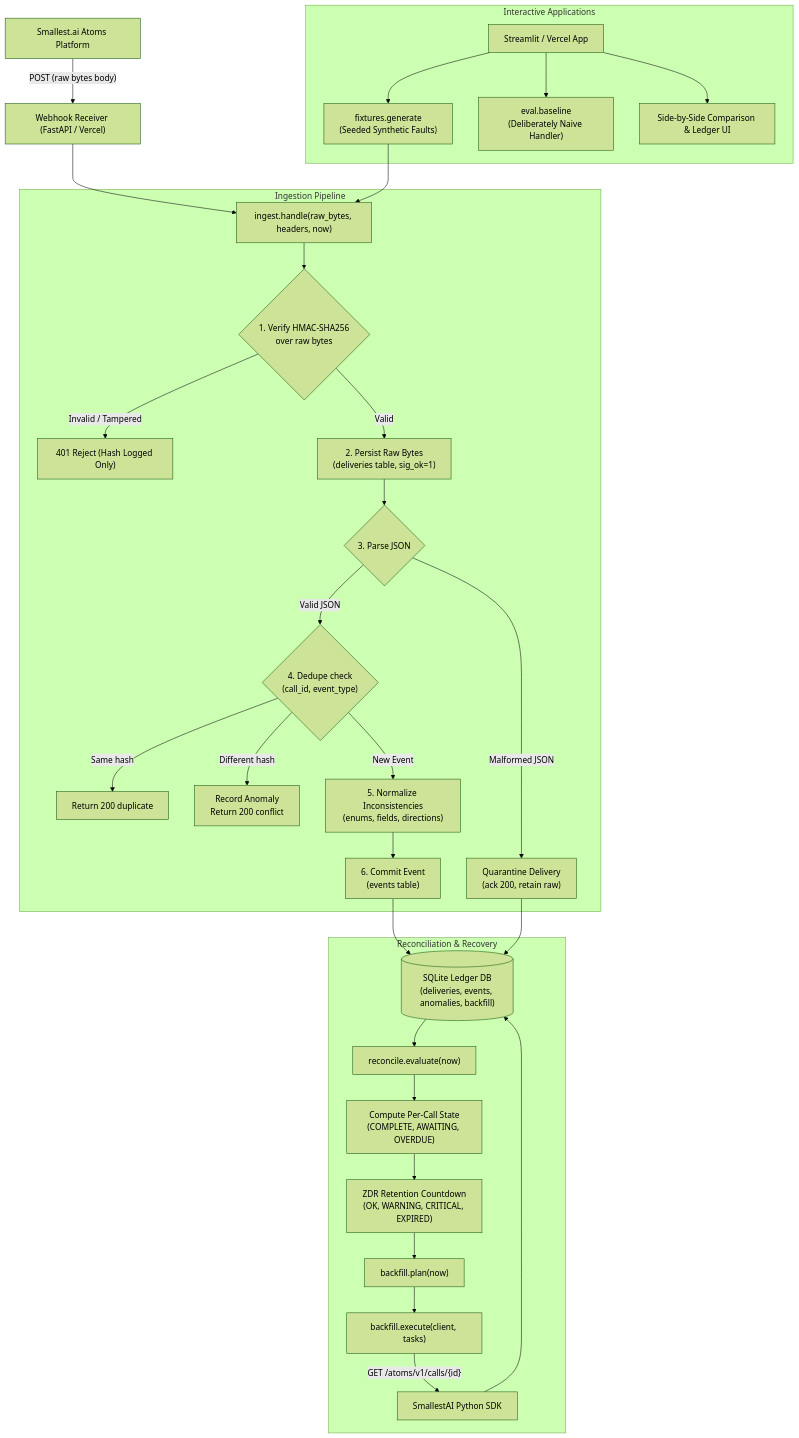
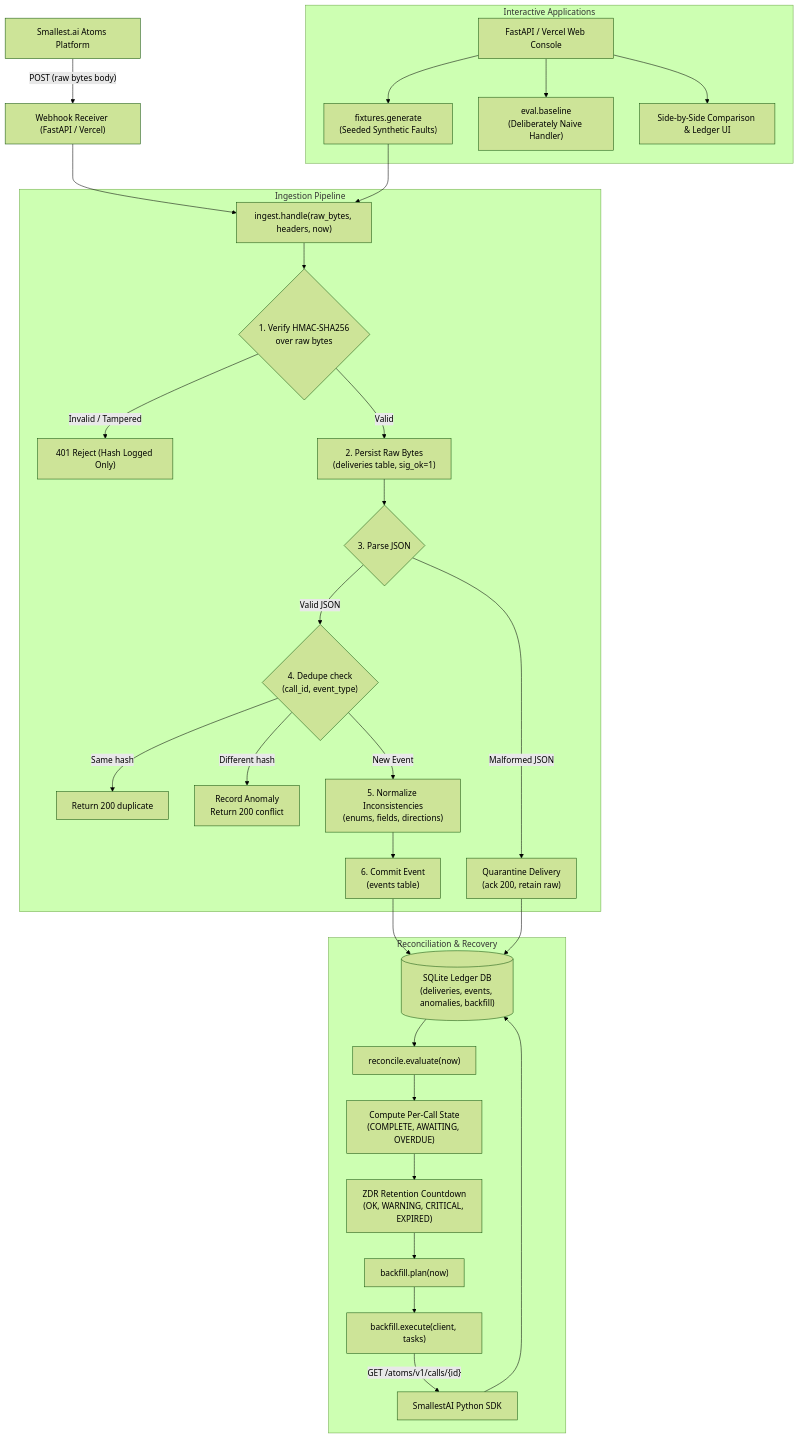
Before and after one commit to Jagadeesh58/atoms-call-ledger: the diagram in docs/ARCHITECTURE.md, drawn with Mermaid (forest theme). The commit also changed other lines of this file and 8 other files, not shown here.

````diff
--- a/docs/ARCHITECTURE.md
+++ b/docs/ARCHITECTURE.md
@@ -3,38 +3,38 @@
 ```mermaid
 flowchart TD
     Atoms["Smallest.ai Atoms Platform"] -- "POST (raw bytes body)" --> Receiver["Webhook Receiver (FastAPI / Vercel)"]
     Receiver --> Handle["ingest.handle(raw_bytes, headers, now)"]
 
     subgraph Ingestion Pipeline
         Handle --> SigCheck{"1. Verify HMAC-SHA256\nover raw bytes"}
         SigCheck -- "Invalid / Tampered" --> Reject["401 Reject (Hash Logged Only)"]
         SigCheck -- "Valid" --> PersistRaw["2. Persist Raw Bytes\n(deliveries table, sig_ok=1)"]
         PersistRaw --> ParseJSON{"3. Parse JSON"}
         ParseJSON -- "Malformed JSON" --> Quarantine["Quarantine Delivery\n(ack 200, retain raw)"]
         ParseJSON -- "Valid JSON" --> Dedupe{"4. Dedupe check\n(call_id, event_type)"}
         Dedupe -- "Same hash" --> Dup["Return 200 duplicate"]
         Dedupe -- "Different hash" --> Conflict["Record Anomaly\nReturn 200 conflict"]
         Dedupe -- "New Event" --> Normalize["5. Normalize Inconsistencies\n(enums, fields, directions)"]
         Normalize --> UpsertEvent["6. Commit Event\n(events table)"]
     end
 
     UpsertEvent --> SQLite[("SQLite Ledger DB\n(deliveries, events, anomalies, backfill)")]
     Quarantine --> SQLite
 
     subgraph Reconciliation & Recovery
         SQLite --> Reconcile["reconcile.evaluate(now)"]
         Reconcile --> CallState["Compute Per-Call State\n(COMPLETE, AWAITING, OVERDUE)"]
         CallState --> RiskTiers["ZDR Retention Countdown\n(OK, WARNING, CRITICAL, EXPIRED)"]
         RiskTiers --> Planner["backfill.plan(now)"]
         Planner --> Executor["backfill.execute(client, tasks)"]
         Executor -- "GET /atoms/v1/calls/{id}" --> SDK["SmallestAI Python SDK"]
         SDK --> SQLite
     end
 
     subgraph Interactive Applications
-        App["Streamlit / Vercel App"] --> Generate["fixtures.generate\n(Seeded Synthetic Faults)"]
+        App["FastAPI / Vercel Web Console"] --> Generate["fixtures.generate\n(Seeded Synthetic Faults)"]
         Generate --> Handle
         App --> Baseline["eval.baseline\n(Deliberately Naive Handler)"]
         App --> Views["Side-by-Side Comparison & Ledger UI"]
     end
 ```
````
